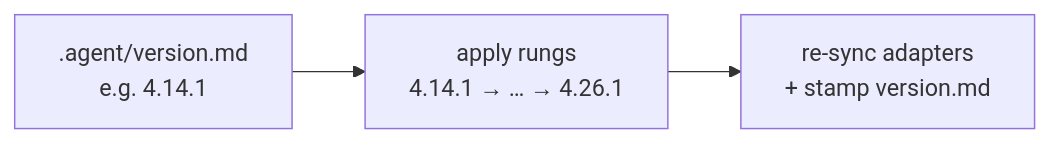
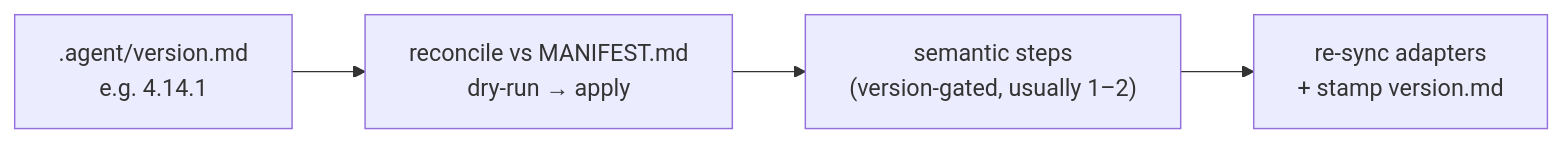
The diagram in docs/guides/upgrade.md (acn-ericlaw/agent-memory), drawn with Mermaid before and after one commit. The commit also changed other lines of this file and 19 other files, not shown here.

First line of the commit message:
feat(reconcile): target-state reconcile — enable/upgrade in O(diff), not O(steps/rungs) (v4.35.0)

````diff
--- a/docs/guides/upgrade.md
+++ b/docs/guides/upgrade.md
@@ -22,5 +28,6 @@
 ```mermaid
 flowchart LR
-  V[".agent/version.md<br/>e.g. 4.14.1"] --> L[apply rungs<br/>4.14.1 → … → 4.26.1]
-  L --> S[re-sync adapters<br/>+ stamp version.md]
+  V[".agent/version.md<br/>e.g. 4.14.1"] --> R["reconcile vs MANIFEST.md<br/>dry-run → apply"]
+  R --> SS["semantic steps<br/>(version-gated, usually 1–2)"]
+  SS --> S[re-sync adapters<br/>+ stamp version.md]
 ```
````
